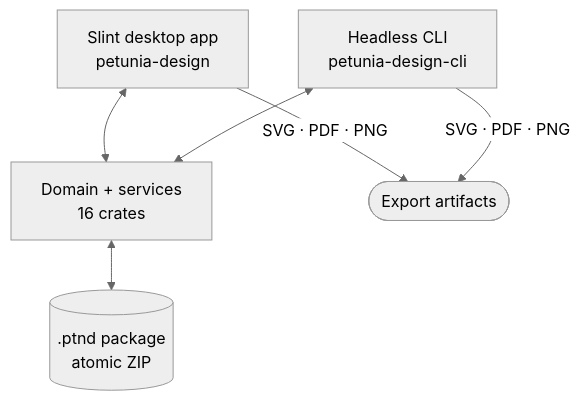
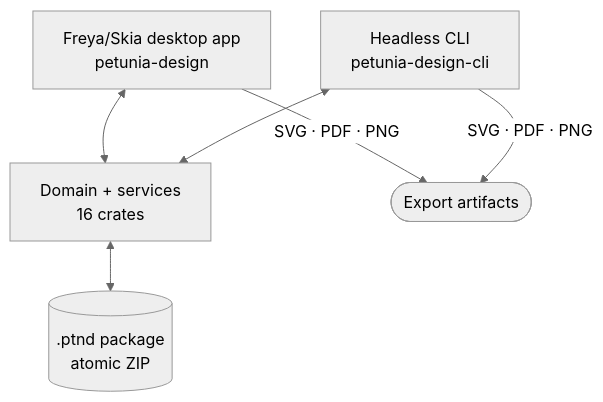
The second of 3 diagrams in docs/developers/architecture.md (raillen/petunia-design-studio), drawn with Mermaid (neutral theme) before and after one commit. The commit also changed other lines of this file and 102 other files, not shown here.

````diff
--- a/docs/developers/architecture.md
+++ b/docs/developers/architecture.md
@@ -22,12 +24,12 @@
 ```mermaid
 flowchart TB
-  APP[Slint desktop app<br/>petunia-design]
+  APP[Freya/Skia desktop app<br/>petunia-design]
   CLI[Headless CLI<br/>petunia-design-cli]
   CORE[Domain + services<br/>16 crates]
   STORE[(.ptnd package<br/>atomic ZIP)]
   APP <--> CORE
   CLI <--> CORE
   CORE <--> STORE
   APP -->|SVG · PDF · PNG| OUT([Export artifacts])
   CLI -->|SVG · PDF · PNG| OUT
 ```
````
